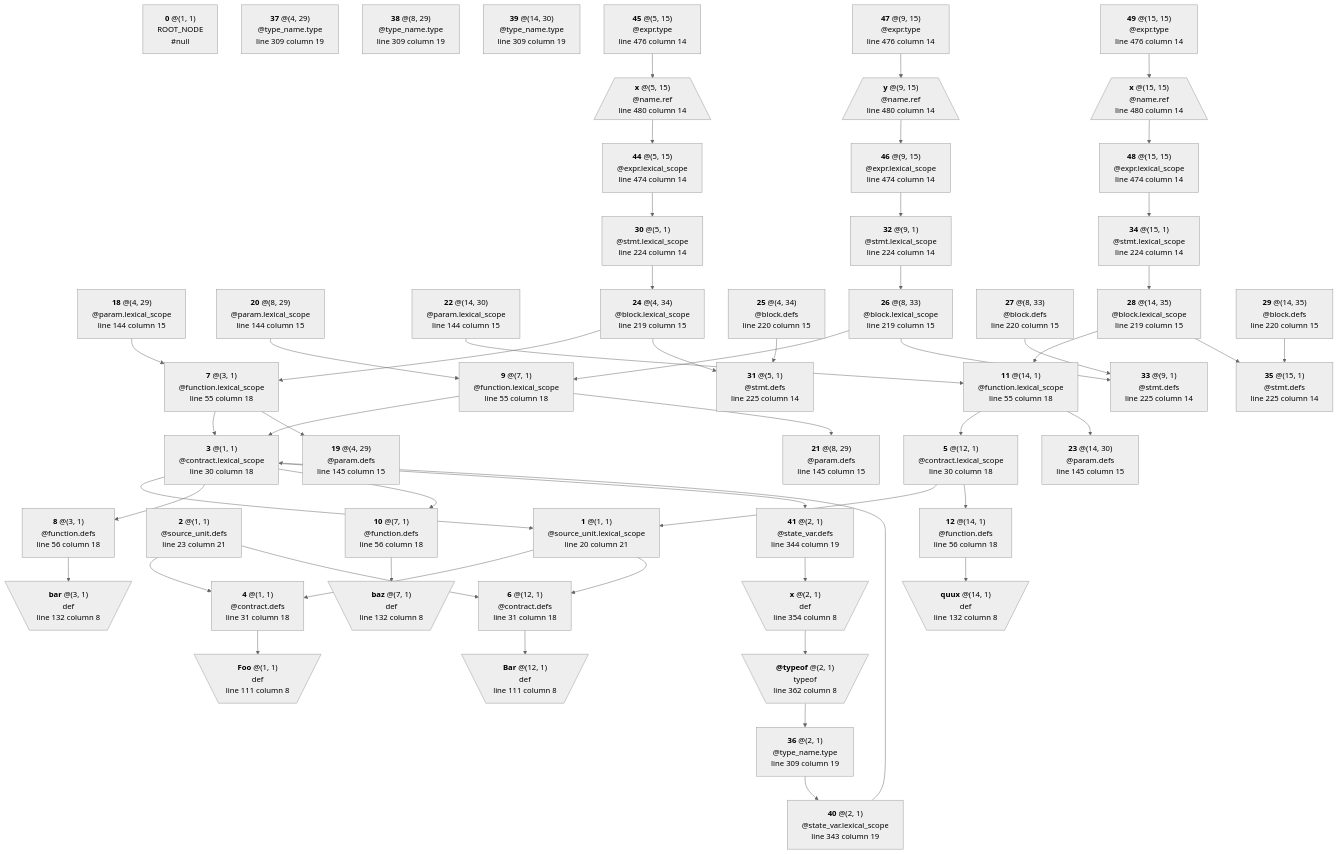
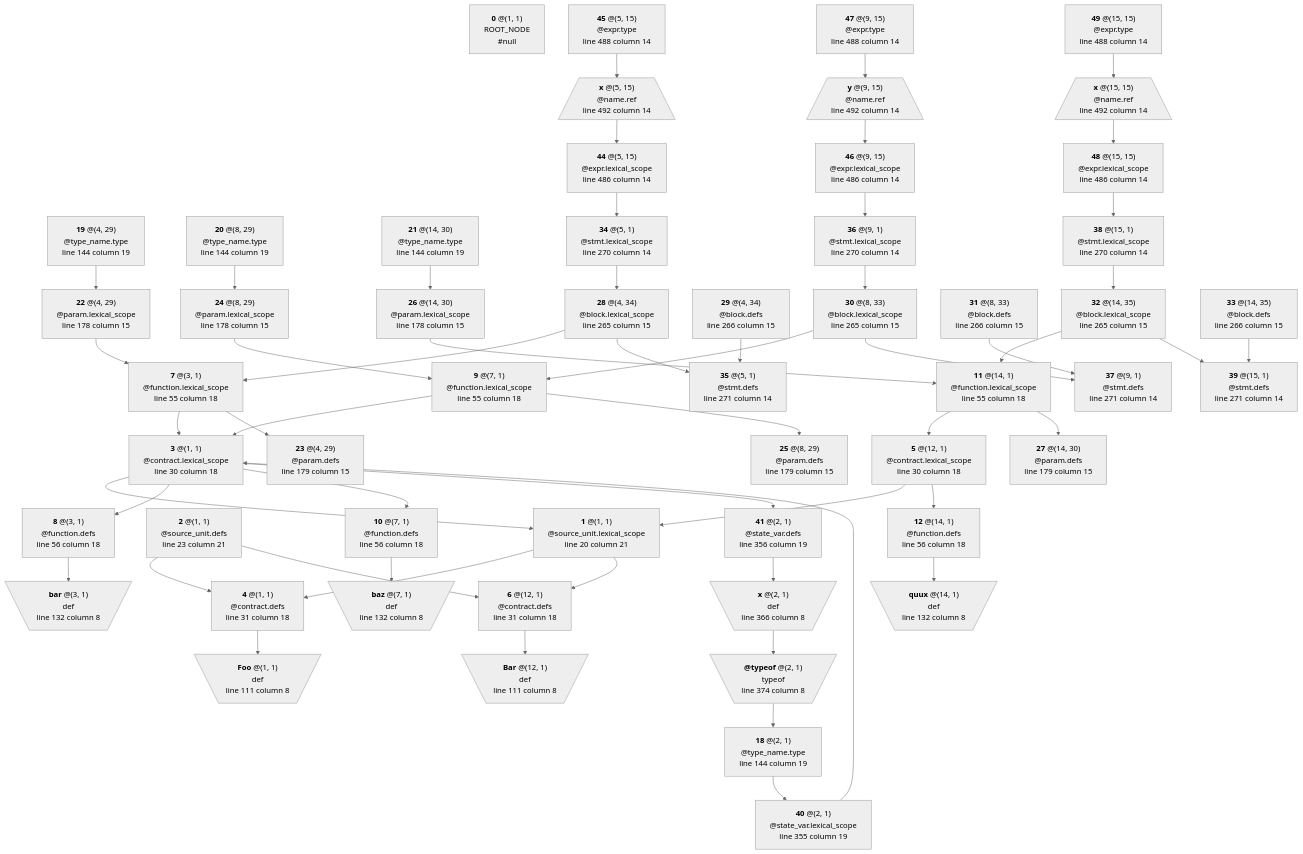
Before and after one commit to manastech/slang: the diagram in crates/solidity/testing/snapshots/bindings_output/lexical/generated/state_vars.sol-0.4.11.mmd, drawn with Mermaid (neutral theme). The commit also changed 16 other files, not shown here.

```diff
--- a/crates/solidity/testing/snapshots/bindings_output/lexical/generated/state_vars.sol-0.4.11.mmd
+++ b/crates/solidity/testing/snapshots/bindings_output/lexical/generated/state_vars.sol-0.4.11.mmd
@@ -36,7 +36,7 @@
 @function.lexical_scope
 line 55 column 18`"]
 	N7 --> N3
-	N7 --> N19
+	N7 --> N23
 	N8["`**8** @(3, 1)
 @function.defs
 line 56 column 18`"]
@@ -45,7 +45,7 @@
 @function.lexical_scope
 line 55 column 18`"]
 	N9 --> N3
-	N9 --> N21
+	N9 --> N25
 	N10["`**10** @(7, 1)
 @function.defs
 line 56 column 18`"]
@@ -54,7 +54,7 @@
 @function.lexical_scope
 line 55 column 18`"]
 	N11 --> N5
-	N11 --> N23
+	N11 --> N27
 	N12["`**12** @(14, 1)
 @function.defs
 line 56 column 18`"]
@@ -74,137 +74,140 @@
 	N17[\"`**quux** @(14, 1)
 def
 line 132 column 8`"/]
-	N18["`**18** @(4, 29)
+	N18["`**18** @(2, 1)
+@type_name.type
+line 144 column 19`"]
+	N18 --> N40
+	N19["`**19** @(4, 29)
+@type_name.type
+line 144 column 19`"]
+	N19 --> N22
+	N20["`**20** @(8, 29)
+@type_name.type
+line 144 column 19`"]
+	N20 --> N24
+	N21["`**21** @(14, 30)
+@type_name.type
+line 144 column 19`"]
+	N21 --> N26
+	N22["`**22** @(4, 29)
 @param.lexical_scope
-line 144 column 15`"]
-	N18 --> N7
-	N19["`**19** @(4, 29)
+line 178 column 15`"]
+	N22 --> N7
+	N23["`**23** @(4, 29)
 @param.defs
-line 145 column 15`"]
-	N20["`**20** @(8, 29)
+line 179 column 15`"]
+	N24["`**24** @(8, 29)
 @param.lexical_scope
-line 144 column 15`"]
-	N20 --> N9
-	N21["`**21** @(8, 29)
+line 178 column 15`"]
+	N24 --> N9
+	N25["`**25** @(8, 29)
 @param.defs
-line 145 column 15`"]
-	N22["`**22** @(14, 30)
+line 179 column 15`"]
+	N26["`**26** @(14, 30)
 @param.lexical_scope
-line 144 column 15`"]
-	N22 --> N11
-	N23["`**23** @(14, 30)
+line 178 column 15`"]
+	N26 --> N11
+	N27["`**27** @(14, 30)
 @param.defs
-line 145 column 15`"]
-	N24["`**24** @(4, 34)
+line 179 column 15`"]
+	N28["`**28** @(4, 34)
 @block.lexical_scope
-line 219 column 15`"]
-	N24 --> N7
-	N24 --> N31
-	N25["`**25** @(4, 34)
+line 265 column 15`"]
+	N28 --> N7
+	N28 --> N35
+	N29["`**29** @(4, 34)
 @block.defs
-line 220 column 15`"]
-	N25 --> N31
-	N26["`**26** @(8, 33)
+line 266 column 15`"]
+	N29 --> N35
+	N30["`**30** @(8, 33)
 @block.lexical_scope
-line 219 column 15`"]
-	N26 --> N9
-	N26 --> N33
-	N27["`**27** @(8, 33)
+line 265 column 15`"]
+	N30 --> N9
+	N30 --> N37
+	N31["`**31** @(8, 33)
 @block.defs
-line 220 column 15`"]
-	N27 --> N33
-	N28["`**28** @(14, 35)
+line 266 column 15`"]
+	N31 --> N37
+	N32["`**32** @(14, 35)
 @block.lexical_scope
-line 219 column 15`"]
-	N28 --> N11
-	N28 --> N35
-	N29["`**29** @(14, 35)
+line 265 column 15`"]
+	N32 --> N11
+	N32 --> N39
+	N33["`**33** @(14, 35)
 @block.defs
-line 220 column 15`"]
-	N29 --> N35
-	N30["`**30** @(5, 1)
+line 266 column 15`"]
+	N33 --> N39
+	N34["`**34** @(5, 1)
 @stmt.lexical_scope
-line 224 column 14`"]
-	N30 --> N24
-	N31["`**31** @(5, 1)
+line 270 column 14`"]
+	N34 --> N28
+	N35["`**35** @(5, 1)
 @stmt.defs
-line 225 column 14`"]
-	N32["`**32** @(9, 1)
+line 271 column 14`"]
+	N36["`**36** @(9, 1)
 @stmt.lexical_scope
-line 224 column 14`"]
-	N32 --> N26
-	N33["`**33** @(9, 1)
+line 270 column 14`"]
+	N36 --> N30
+	N37["`**37** @(9, 1)
 @stmt.defs
-line 225 column 14`"]
-	N34["`**34** @(15, 1)
+line 271 column 14`"]
+	N38["`**38** @(15, 1)
 @stmt.lexical_scope
-line 224 column 14`"]
-	N34 --> N28
-	N35["`**35** @(15, 1)
+line 270 column 14`"]
+	N38 --> N32
+	N39["`**39** @(15, 1)
 @stmt.defs
-line 225 column 14`"]
-	N36["`**36** @(2, 1)
-@type_name.type
-line 309 column 19`"]
-	N36 --> N40
-	N37["`**37** @(4, 29)
-@type_name.type
-line 309 column 19`"]
-	N38["`**38** @(8, 29)
-@type_name.type
-line 309 column 19`"]
-	N39["`**39** @(14, 30)
-@type_name.type
-line 309 column 19`"]
+line 271 column 14`"]
 	N40["`**40** @(2, 1)
 @state_var.lexical_scope
-line 343 column 19`"]
+line 355 column 19`"]
 	N40 --> N3
 	N41["`**41** @(2, 1)
 @state_var.defs
-line 344 column 19`"]
+line 356 column 19`"]
 	N41 --> N42
 	N42[\"`**x** @(2, 1)
 def
-line 354 column 8`"/]
+line 366 column 8`"/]
 	N42 --> N43
 	N43[\"`**@typeof** @(2, 1)
 typeof
-line 362 column 8`"/]
-	N43 --> N36
+line 374 column 8`"/]
+	N43 --> N18
 	N44["`**44** @(5, 15)
 @expr.lexical_scope
-line 474 column 14`"]
-	N44 --> N30
+line 486 column 14`"]
+	N44 --> N34
 	N45["`**45** @(5, 15)
 @expr.type
-line 476 column 14`"]
+line 488 column 14`"]
 	N45 --> N50
 	N46["`**46** @(9, 15)
 @expr.lexical_scope
-line 474 column 14`"]
-	N46 --> N32
+line 486 column 14`"]
+	N46 --> N36
 	N47["`**47** @(9, 15)
 @expr.type
-line 476 column 14`"]
+line 488 column 14`"]
 	N47 --> N51
 	N48["`**48** @(15, 15)
 @expr.lexical_scope
-line 474 column 14`"]
-	N48 --> N34
+line 486 column 14`"]
+	N48 --> N38
 	N49["`**49** @(15, 15)
 @expr.type
-line 476 column 14`"]
+line 488 column 14`"]
 	N49 --> N52
 	N50[/"`**x** @(5, 15)
 @name.ref
-line 480 column 14`"\]
+line 492 column 14`"\]
 	N50 --> N44
 	N51[/"`**y** @(9, 15)
 @name.ref
-line 480 column 14`"\]
+line 492 column 14`"\]
 	N51 --> N46
 	N52[/"`**x** @(15, 15)
 @name.ref
-line 480 column 14`"\]
+line 492 column 14`"\]
 	N52 --> N48
```
